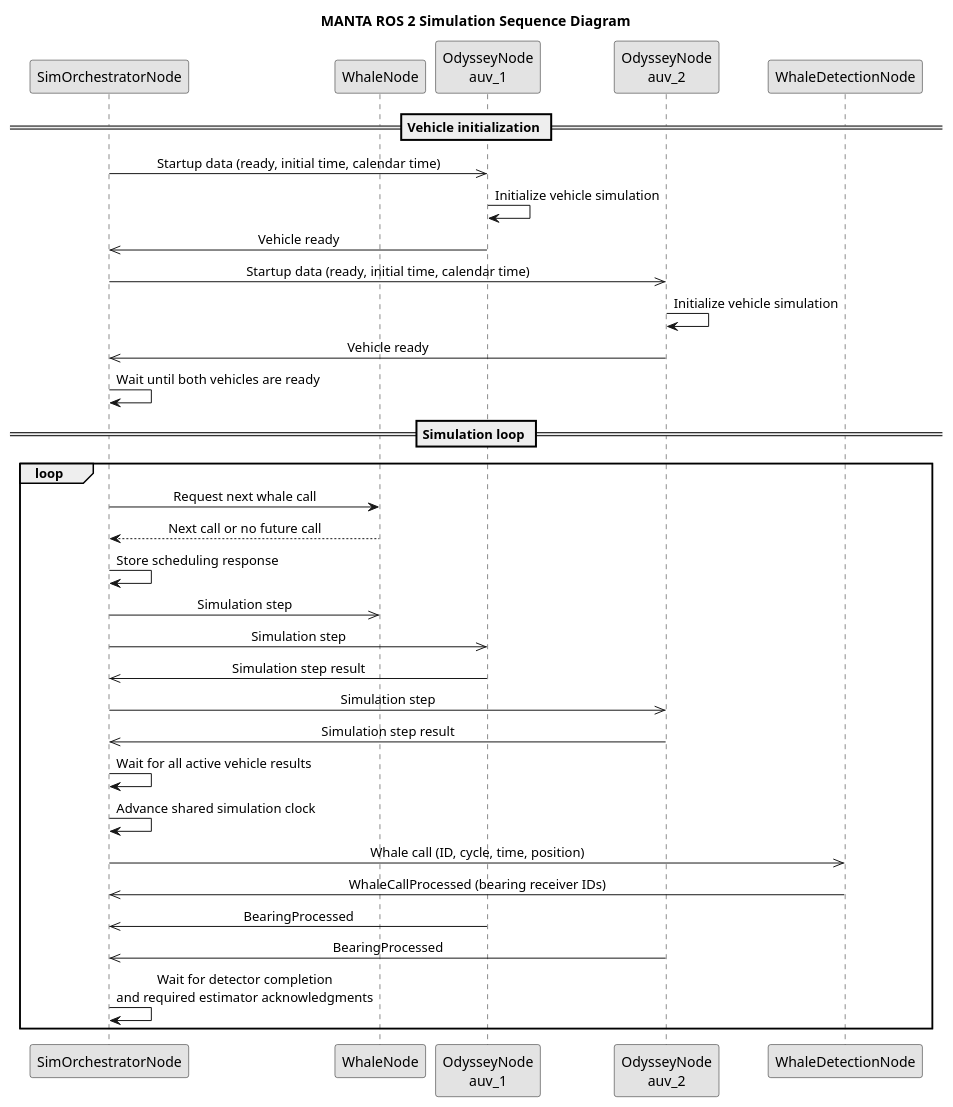
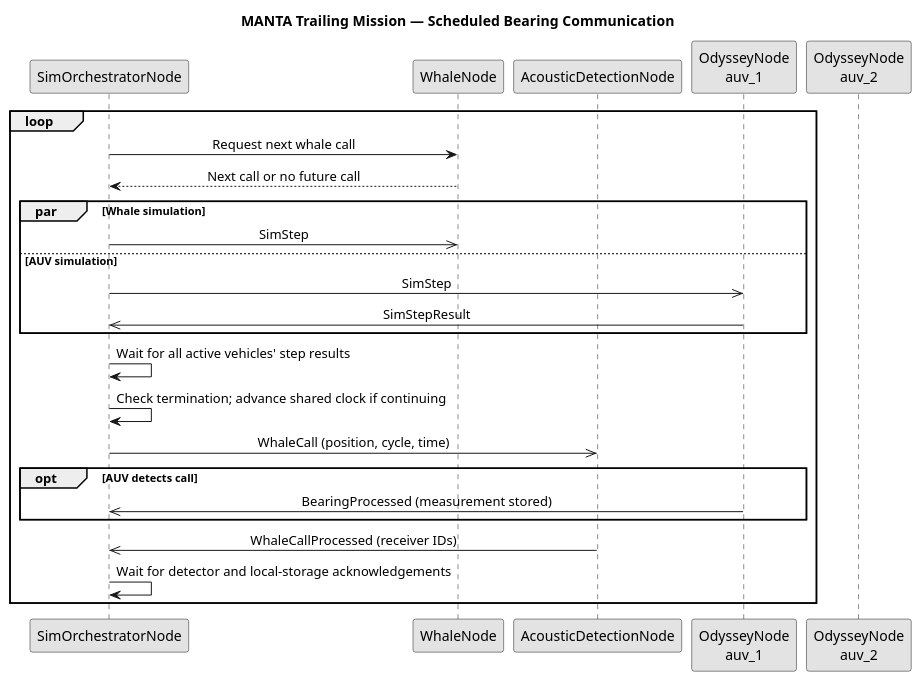
Before and after one commit to Tebcherani/MANTA: the diagram in components/manta_core/docs/sim_orchestrator_sequence.puml, drawn with PlantUML. The commit also changed 4 other files, not shown here.

```diff
--- a/components/manta_core/docs/sim_orchestrator_sequence.puml
+++ b/components/manta_core/docs/sim_orchestrator_sequence.puml
@@ -1,53 +1,41 @@
 @startuml
-title MANTA ROS 2 Simulation Sequence Diagram
+title MANTA Trailing Mission — Scheduled Bearing Communication
 
 skinparam monochrome true
 skinparam shadowing false
 skinparam sequenceMessageAlign center
 skinparam responseMessageBelowArrow true
 
 participant "SimOrchestratorNode" as Orchestrator
 participant "WhaleNode" as Whale
+participant "AcousticDetectionNode" as Detection
 participant "OdysseyNode\nauv_1" as AUV1
 participant "OdysseyNode\nauv_2" as AUV2
-participant "WhaleDetectionNode" as Detection
-
-== Vehicle initialization ==
-
-Orchestrator ->> AUV1 : Startup data (ready, initial time, calendar time)
-AUV1 -> AUV1 : Initialize vehicle simulation
-AUV1 ->> Orchestrator : Vehicle ready
-
-Orchestrator ->> AUV2 : Startup data (ready, initial time, calendar time)
-AUV2 -> AUV2 : Initialize vehicle simulation
-AUV2 ->> Orchestrator : Vehicle ready
-Orchestrator -> Orchestrator : Wait until both vehicles are ready
-
-== Simulation loop ==
 
 loop
+
     Orchestrator -> Whale : Request next whale call
     Whale --> Orchestrator : Next call or no future call
-    Orchestrator -> Orchestrator : Store scheduling response
 
-    Orchestrator ->> Whale : Simulation step 
+    par Whale simulation
+        Orchestrator ->> Whale : SimStep
 
-    Orchestrator ->> AUV1 : Simulation step
-    AUV1 ->> Orchestrator : Simulation step result
+    else AUV simulation
+        Orchestrator ->> AUV1 : SimStep
+        AUV1 ->> Orchestrator : SimStepResult
+    end
 
-    Orchestrator ->> AUV2 : Simulation step
-    AUV2 ->> Orchestrator : Simulation step result
+    Orchestrator -> Orchestrator : Wait for all active vehicles' step results
+    Orchestrator -> Orchestrator : Check termination; advance shared clock if continuing
 
-    Orchestrator -> Orchestrator : Wait for all active vehicle results
-    Orchestrator -> Orchestrator : Advance shared simulation clock
+    Orchestrator ->> Detection : WhaleCall (position, cycle, time)
 
-    Orchestrator ->> Detection : Whale call (ID, cycle, time, position)
-    Detection ->> Orchestrator : WhaleCallProcessed (bearing receiver IDs)
+    opt AUV detects call
+        AUV1 ->> Orchestrator : BearingProcessed (measurement stored)
+    end
 
-    AUV1 ->> Orchestrator : BearingProcessed
-    AUV2 ->> Orchestrator : BearingProcessed
-
-    Orchestrator -> Orchestrator : Wait for detector completion\nand required estimator acknowledgments
+        Detection ->> Orchestrator : WhaleCallProcessed (receiver IDs)
+        Orchestrator -> Orchestrator : Wait for detector and local-storage acknowledgements
 end
 
 @enduml
```
